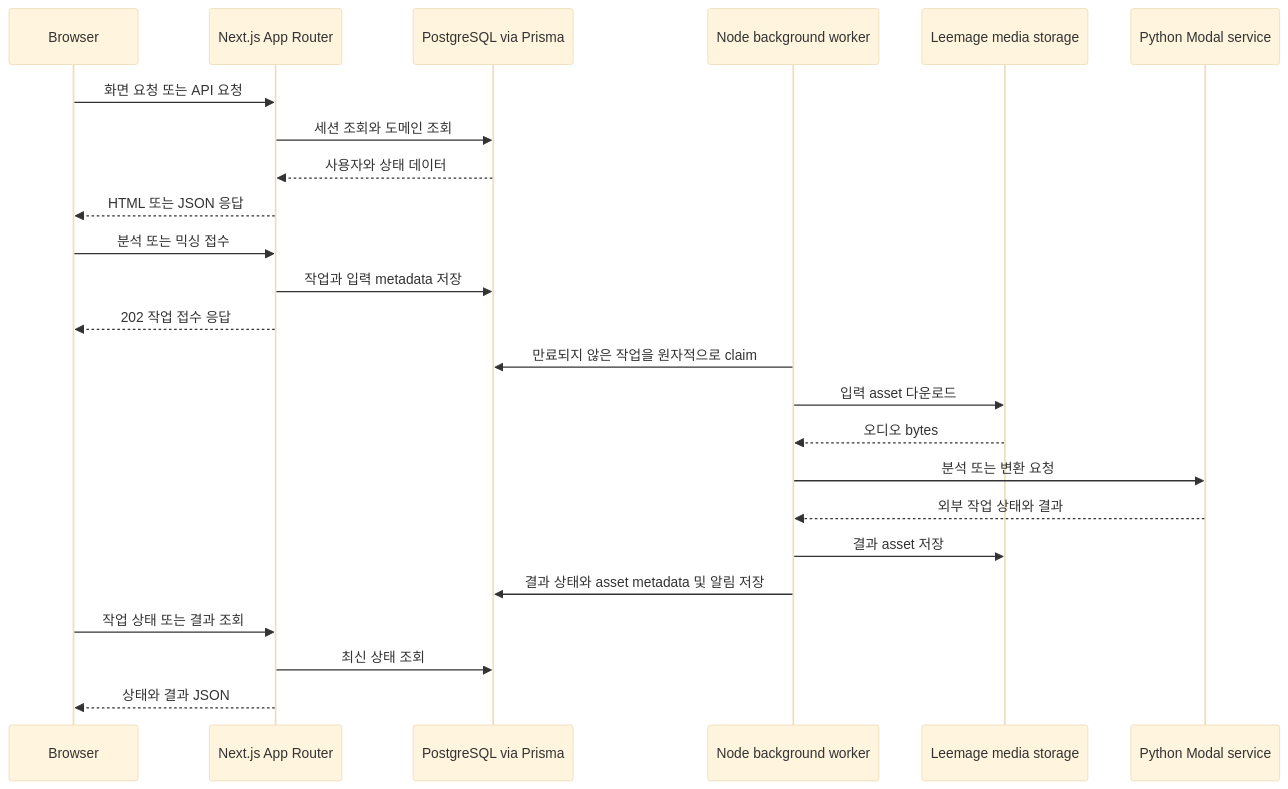
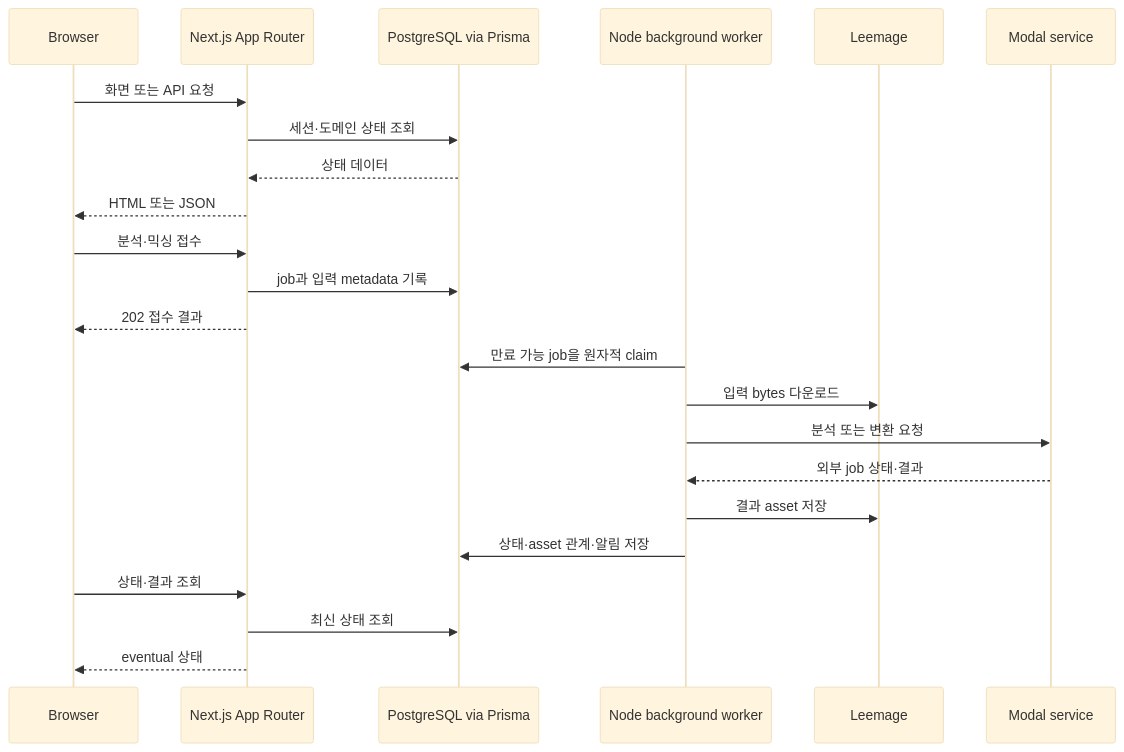
Before and after one commit to leey00nsu/copy-singer: the first of 2 diagrams in openwiki/architecture/system-map.md, drawn with Mermaid (base theme). The commit also changed other lines of this file and 8 other files, not shown here.

````diff
--- a/openwiki/architecture/system-map.md
+++ b/openwiki/architecture/system-map.md
@@ -43,27 +45,26 @@
 ```mermaid
 sequenceDiagram
     participant Browser
     participant Next as Next.js App Router
     participant DB as PostgreSQL via Prisma
     participant Worker as Node background worker
-    participant Media as Leemage media storage
-    participant Modal as Python Modal service
+    participant Media as Leemage
+    participant Modal as Modal service
 
-    Browser->>Next: 화면 요청 또는 API 요청
-    Next->>DB: 세션 조회와 도메인 조회
-    DB-->>Next: 사용자와 상태 데이터
-    Next-->>Browser: HTML 또는 JSON 응답
-    Browser->>Next: 분석 또는 믹싱 접수
-    Next->>DB: 작업과 입력 metadata 저장
-    Next-->>Browser: 202 작업 접수 응답
-    Worker->>DB: 만료되지 않은 작업을 원자적으로 claim
-    Worker->>Media: 입력 asset 다운로드
-    Media-->>Worker: 오디오 bytes
+    Browser->>Next: 화면 또는 API 요청
+    Next->>DB: 세션·도메인 상태 조회
+    DB-->>Next: 상태 데이터
+    Next-->>Browser: HTML 또는 JSON
+    Browser->>Next: 분석·믹싱 접수
+    Next->>DB: job과 입력 metadata 기록
+    Next-->>Browser: 202 접수 결과
+    Worker->>DB: 만료 가능 job을 원자적 claim
+    Worker->>Media: 입력 bytes 다운로드
     Worker->>Modal: 분석 또는 변환 요청
-    Modal-->>Worker: 외부 작업 상태와 결과
+    Modal-->>Worker: 외부 job 상태·결과
     Worker->>Media: 결과 asset 저장
-    Worker->>DB: 결과 상태와 asset metadata 및 알림 저장
-    Browser->>Next: 작업 상태 또는 결과 조회
+    Worker->>DB: 상태·asset 관계·알림 저장
+    Browser->>Next: 상태·결과 조회
     Next->>DB: 최신 상태 조회
-    Next-->>Browser: 상태와 결과 JSON
+    Next-->>Browser: eventual 상태
 ```
````
